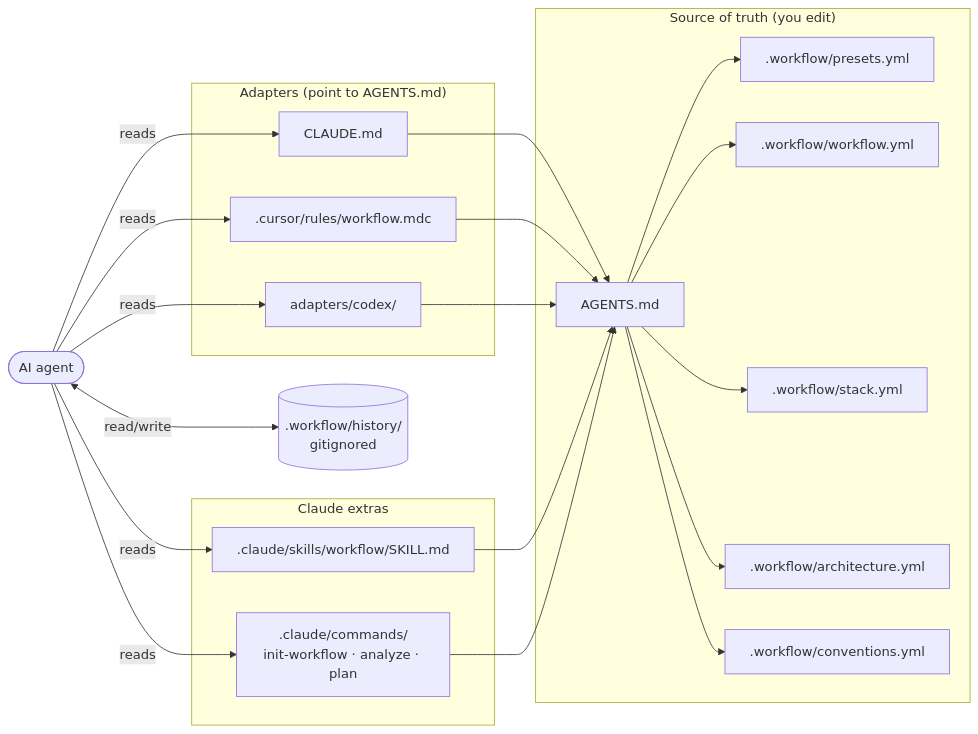
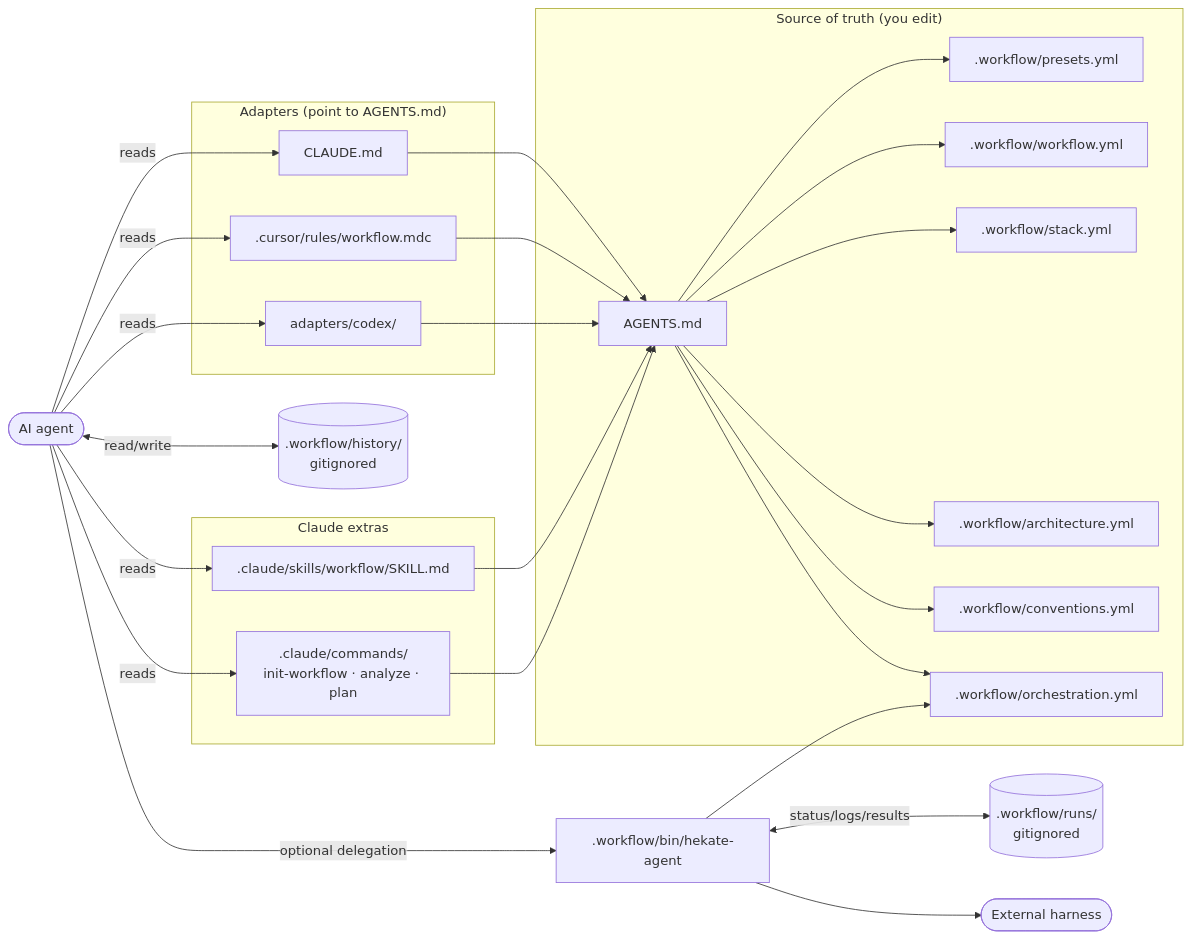
Before and after one commit to MugenKaizen/Hekate: the second of 2 diagrams in README.md, drawn with Mermaid. The commit also changed other lines of this file and 29 other files, not shown here.

Commit message:
feat: add cross-harness orchestration

````diff
--- a/README.md
+++ b/README.md
@@ -263,39 +329,47 @@
 ```mermaid
 flowchart LR
     subgraph SOT["Source of truth (you edit)"]
         AG[AGENTS.md]
         PR[.workflow/presets.yml]
         WF[.workflow/workflow.yml]
         ST[.workflow/stack.yml]
         AR[.workflow/architecture.yml]
         CV[.workflow/conventions.yml]
+        OR[.workflow/orchestration.yml]
     end
 
     subgraph ADP["Adapters (point to AGENTS.md)"]
         CL[CLAUDE.md]
         CU[.cursor/rules/workflow.mdc]
         CX[adapters/codex/]
     end
 
     subgraph CC["Claude extras"]
         SK[.claude/skills/workflow/SKILL.md]
         CMD[".claude/commands/<br/>init-workflow · analyze · plan"]
     end
 
     HIST[(".workflow/history/<br/>gitignored")]
+    JOBS[(".workflow/runs/<br/>gitignored")]
+    RUNNER[.workflow/bin/hekate-agent]
+    CHILD([External harness])
     AGENT([AI agent])
 
     CL --> AG
     CU --> AG
     CX --> AG
     SK --> AG
     CMD --> AG
-    AG --> PR & WF & ST & AR & CV
+    AG --> PR & WF & ST & AR & CV & OR
 
     AGENT -->|reads| CL
     AGENT -->|reads| CU
     AGENT -->|reads| CX
     AGENT -->|reads| SK
     AGENT -->|reads| CMD
     AGENT <-->|read/write| HIST
+    AGENT -->|optional delegation| RUNNER
+    RUNNER --> OR
+    RUNNER <-->|status/logs/results| JOBS
+    RUNNER --> CHILD
 ```
````
